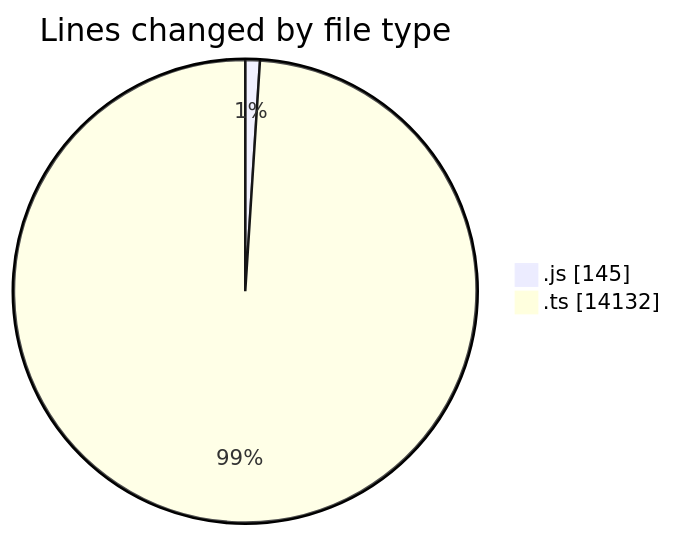
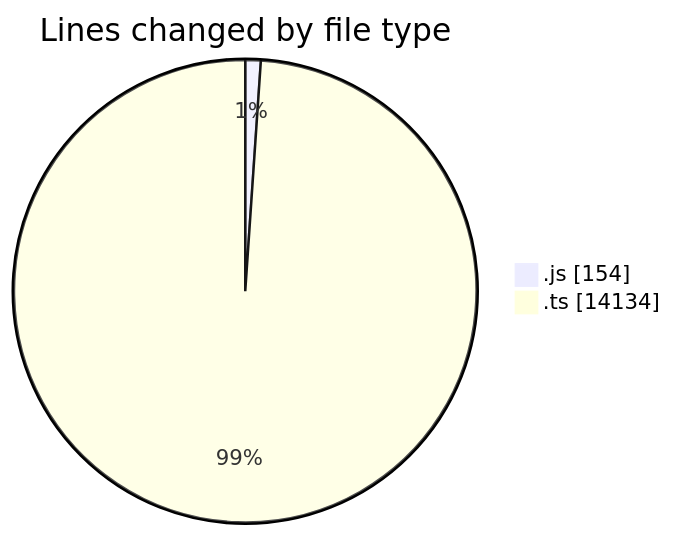
Before and after one commit to momahboobian/code-tracking: the first of 2 diagrams in 2025-05-27/cda/README.md, drawn with Mermaid. The commit also changed other lines of this file and 1 other file, not shown here.

````diff
--- a/2025-05-27/cda/README.md
+++ b/2025-05-27/cda/README.md
@@ -25,6 +25,6 @@
 ```mermaid
 pie showData
 title Lines changed by file type
-".js" : 145
-".ts" : 14132
+".js" : 154
+".ts" : 14134
 ```
````
